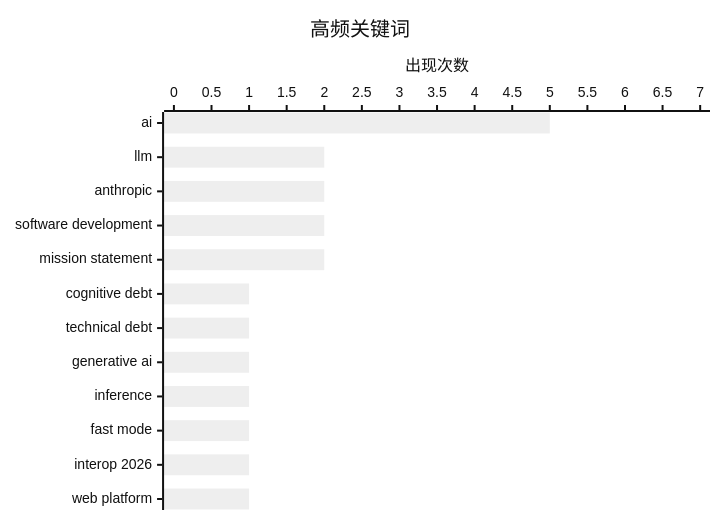
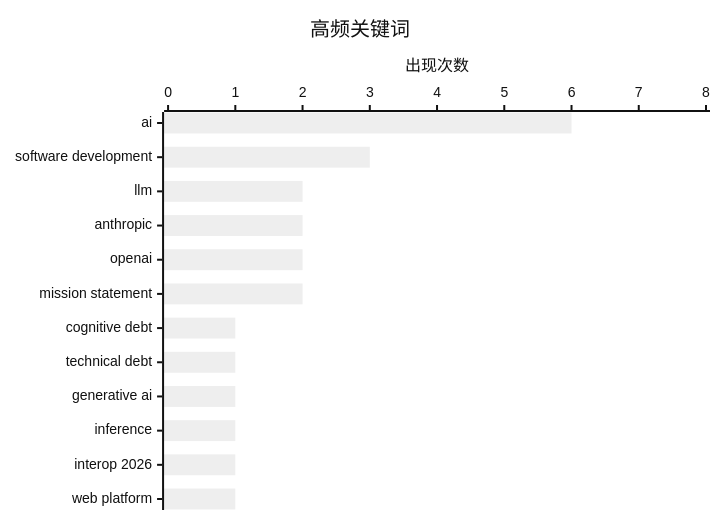
The second of 2 diagrams in digests/digest-20260215.md (ChuYinan2023/ai-daily-digest), drawn with Mermaid (neutral theme) before and after one commit. The commit also changed other lines of this file and 3 other files, not shown here.

````diff
--- a/digests/digest-20260215.md
+++ b/digests/digest-20260215.md
@@ -64,7 +64,7 @@
 ```mermaid
 xychart-beta horizontal
     title "高频关键词"
-    x-axis ["ai", "llm", "anthropic", "software development", "mission statement", "cognitive debt", "technical debt", "generative ai", "inference", "fast mode", "interop 2026", "web platform"]
-    y-axis "出现次数" 0 --> 7
-    bar [5, 2, 2, 2, 2, 1, 1, 1, 1, 1, 1, 1]
+    x-axis ["ai", "software development", "llm", "anthropic", "openai", "mission statement", "cognitive debt", "technical debt", "generative ai", "inference", "interop 2026", "web platform"]
+    y-axis "出现次数" 0 --> 8
+    bar [6, 3, 2, 2, 2, 2, 1, 1, 1, 1, 1, 1]
 ```
````
